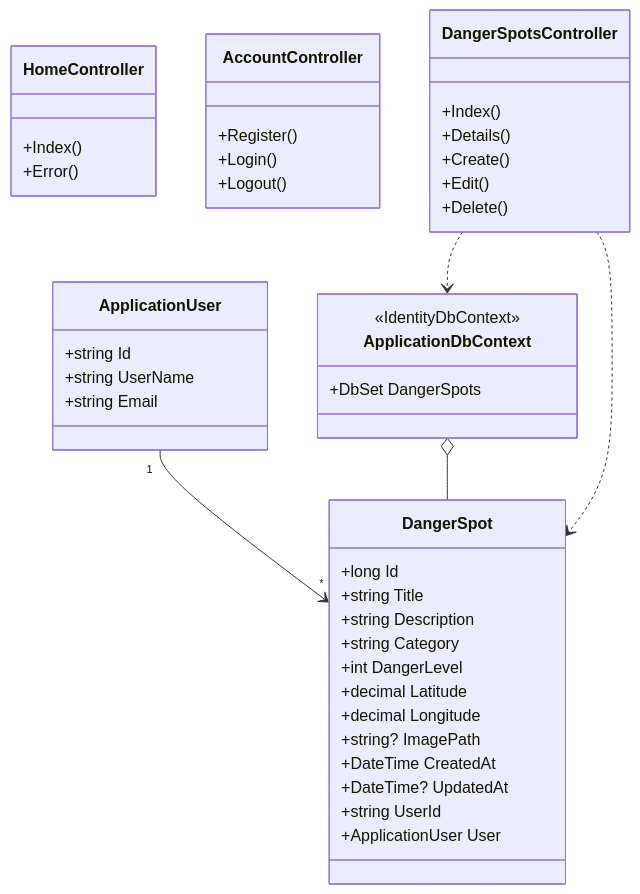
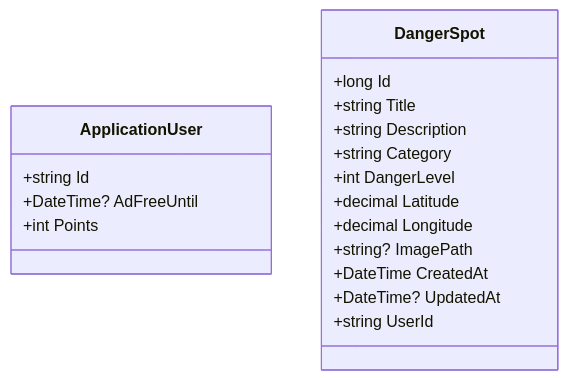
The first of 2 diagrams in design/内部設計.md (ShimosatoRen/SafeWalk-VNJP-v2), drawn with Mermaid before and after one commit. The commit also changed other lines of this file and 4 other files, not shown here.

````diff
--- a/design/内部設計.md
+++ b/design/内部設計.md
@@ -18,53 +16,23 @@
 ```mermaid
 classDiagram
 
     class ApplicationUser {
         +string Id
-        +string UserName
-        +string Email
+        +DateTime? AdFreeUntil
+        +int Points
     }
 
     class DangerSpot {
         +long Id
         +string Title
         +string Description
         +string Category
         +int DangerLevel
         +decimal Latitude
         +decimal Longitude
         +string? ImagePath
         +DateTime CreatedAt
         +DateTime? UpdatedAt
         +string UserId
-        +ApplicationUser User
     }
-
-    class ApplicationDbContext {
-        <<IdentityDbContext<ApplicationUser>>>
-        +DbSet<DangerSpot> DangerSpots
-    }
-
-    class HomeController {
-        +Index()
-        +Error()
-    }
-
-    class AccountController {
-        +Register()
-        +Login()
-        +Logout()
-    }
-
-    class DangerSpotsController {
-        +Index()
-        +Details()
-        +Create()
-        +Edit()
-        +Delete()
-    }
-
-    ApplicationUser "1" --> "*" DangerSpot
-    ApplicationDbContext o-- DangerSpot
-    DangerSpotsController ..> DangerSpot
-    DangerSpotsController ..> ApplicationDbContext
 ```
````
